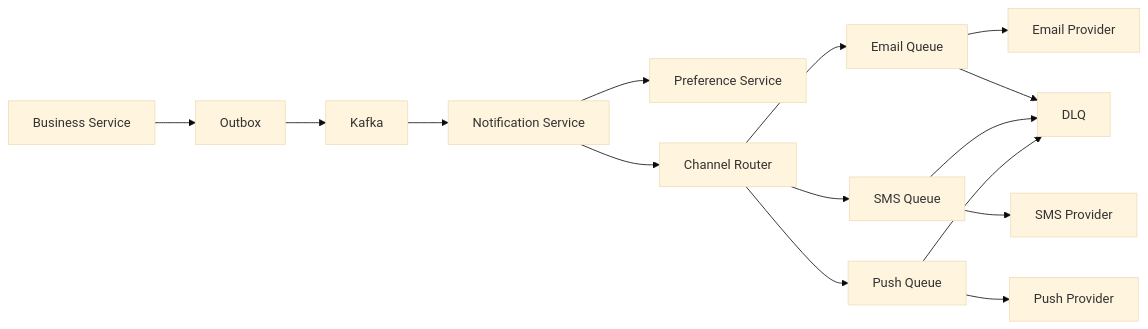
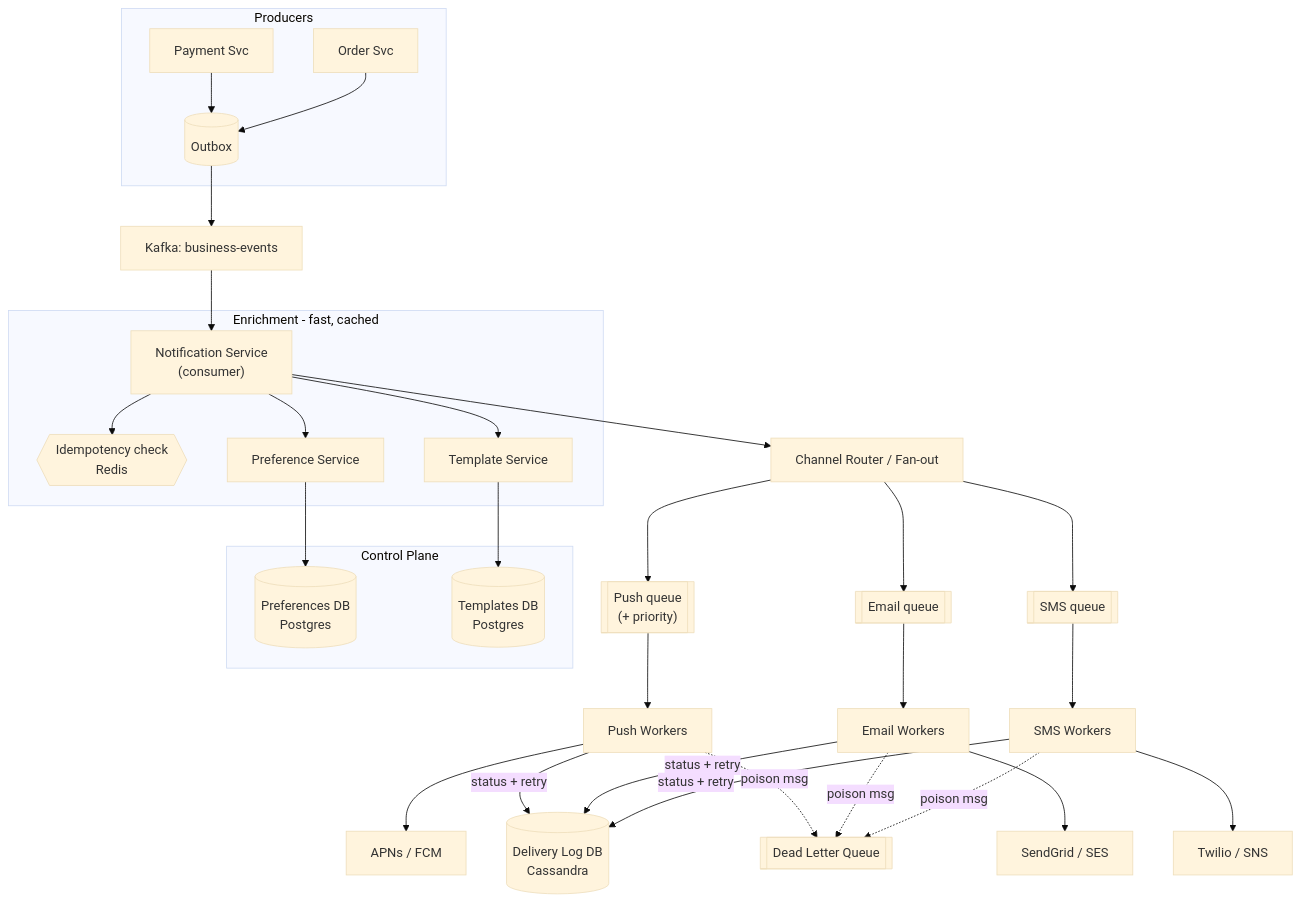
The second of 9 diagrams in files/07-design-questions/08-notification-system.md (pankajThakur1874/studysheet), drawn with Mermaid (base theme) before and after one commit. The commit also changed other lines of this file and 6 other files, not shown here.

````diff
--- a/files/07-design-questions/08-notification-system.md
+++ b/files/07-design-questions/08-notification-system.md
@@ -71,17 +217,34 @@
 ```mermaid
-flowchart LR
-    B[Business Service] --> O[Outbox]
-    O --> K[Kafka]
-    K --> N[Notification Service]
-    N --> P[Preference Service]
-    N --> R[Channel Router]
-    R --> E[Email Queue]
-    R --> S[SMS Queue]
-    R --> U[Push Queue]
-    E --> EP[Email Provider]
-    S --> SP[SMS Provider]
-    U --> PP[Push Provider]
-    E --> DLQ[DLQ]
-    S --> DLQ
-    U --> DLQ
+flowchart TD
+    subgraph Producers
+      B1[Payment Svc] --> OB[(Outbox)]
+      B2[Order Svc] --> OB
+    end
+    OB --> K["Kafka: business-events"]
+
+    K --> NS["Notification Service<br/>(consumer)"]
+
+    subgraph NS_deps[Enrichment - fast, cached]
+      NS --> DD{{"Idempotency check<br/>Redis"}}
+      NS --> PREF[Preference Service]
+      NS --> TMPL[Template Service]
+    end
+
+    NS --> ROUTER[Channel Router / Fan-out]
+
+    ROUTER --> QP[["Push queue<br/>(+ priority)"]]
+    ROUTER --> QE[["Email queue"]]
+    ROUTER --> QS[["SMS queue"]]
+
+    QP --> WP[Push Workers] --> APN["APNs / FCM"]
+    QE --> WE[Email Workers] --> SG["SendGrid / SES"]
+    QS --> WS[SMS Workers] --> TW["Twilio / SNS"]
+
+    WP & WE & WS -->|status + retry| LOG[("Delivery Log DB<br/>Cassandra")]
+    WP & WE & WS -.poison msg.-> DLQ[["Dead Letter Queue"]]
+
+    subgraph Control[Control Plane]
+      PREF --> PDB[("Preferences DB<br/>Postgres")]
+      TMPL --> TDB[("Templates DB<br/>Postgres")]
+    end
 ```
````
